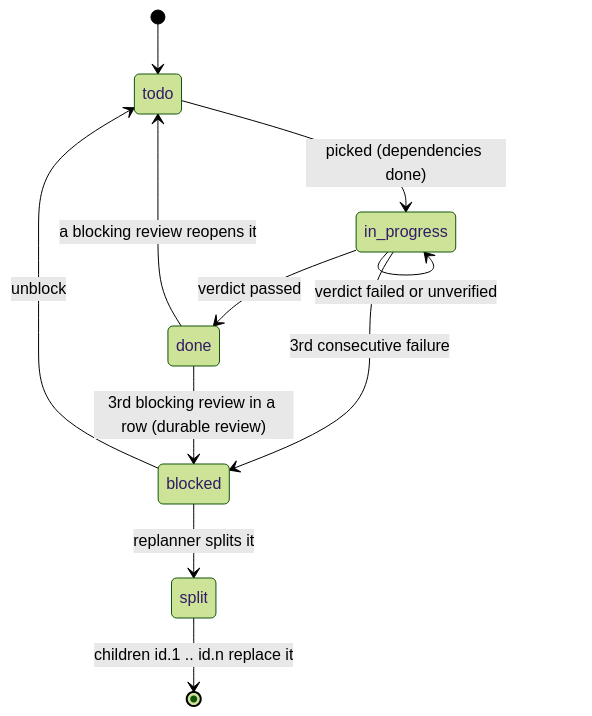
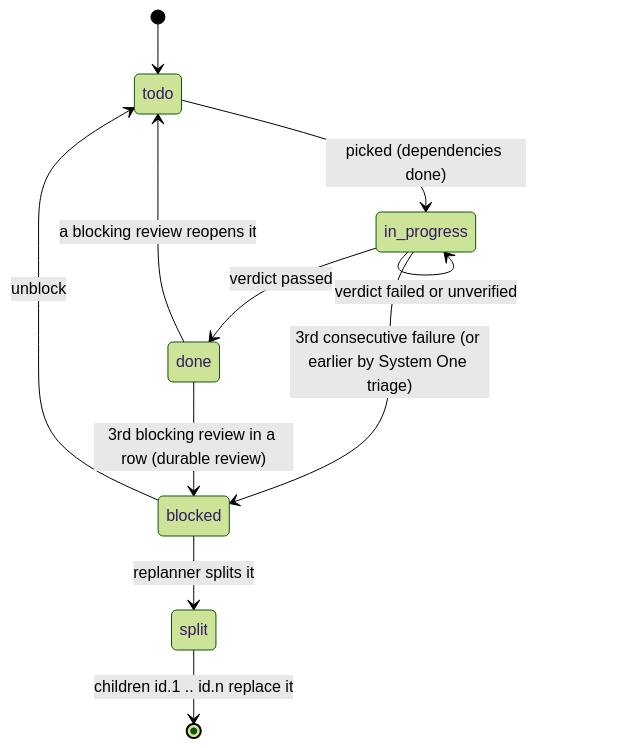
One commit to calvinchengx/long-horizon-agent changed the diagram in docs/06-mission-anchor.md. Above: the diagram before and after it, drawn with Mermaid (forest theme). The commit also changed other lines of this file and 23 other files, not shown here.

````diff
--- a/docs/06-mission-anchor.md
+++ b/docs/06-mission-anchor.md
@@ -173,13 +179,13 @@
 ```mermaid
 stateDiagram-v2
     [*] --> todo
     todo --> in_progress: picked (dependencies done)
     in_progress --> done: verdict passed
     in_progress --> in_progress: verdict failed or unverified
-    in_progress --> blocked: 3rd consecutive failure
+    in_progress --> blocked: 3rd consecutive failure (or earlier by System One triage)
     blocked --> todo: unblock
     blocked --> split: replanner splits it
     split --> [*]: children id.1 .. id.n replace it
     done --> todo: a blocking review reopens it
     done --> blocked: 3rd blocking review in a row (durable review)
 ```
````
